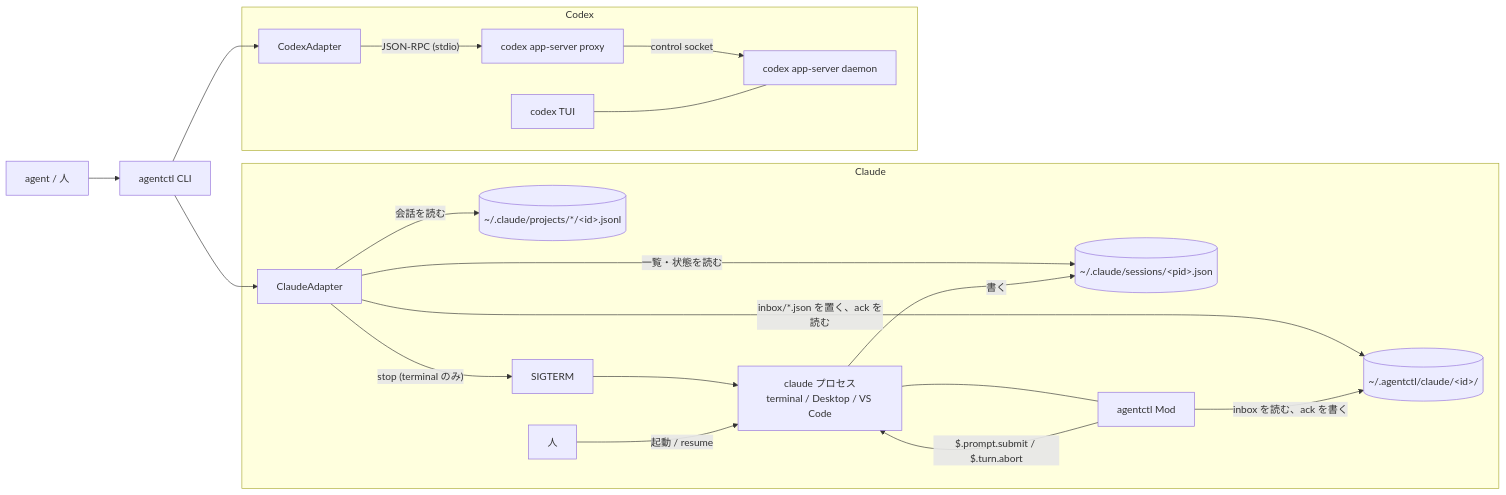
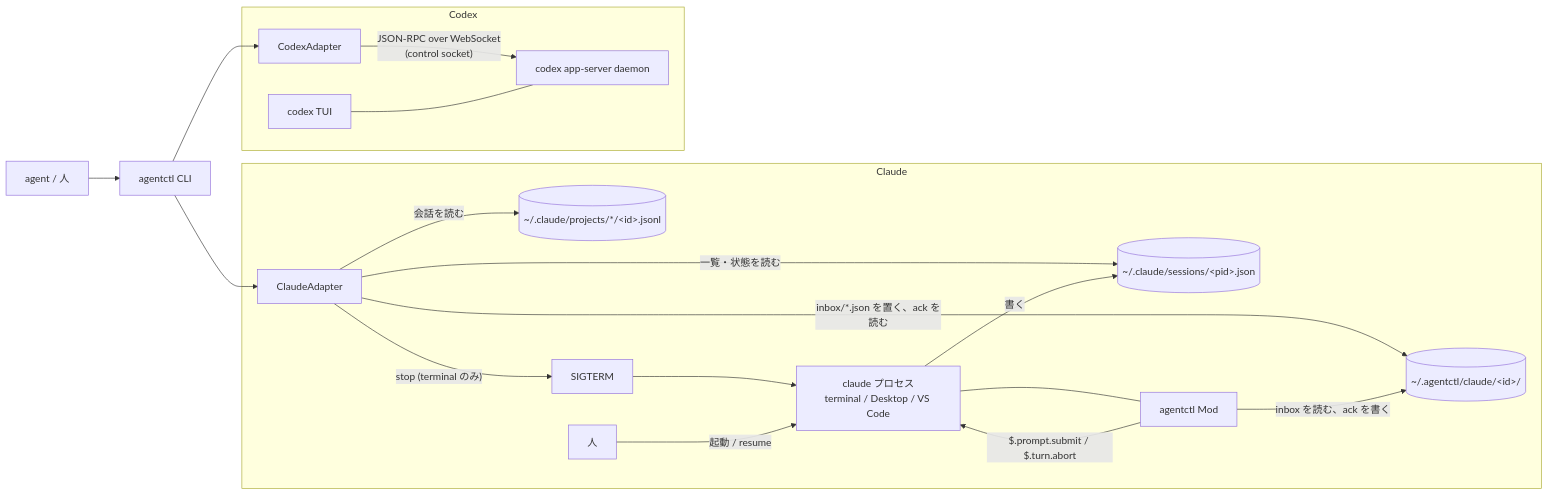
Before and after one commit to masahide/agent-kit: the diagram in docs/agentctl/plan.md, drawn with Mermaid. The commit also changed other lines of this file, not shown here.

````diff
--- a/docs/agentctl/plan.md
+++ b/docs/agentctl/plan.md
@@ -84,23 +84,22 @@
 ```mermaid
 flowchart LR
     A[agent / 人] --> CLI[agentctl CLI]
     CLI --> CA[ClaudeAdapter]
     CLI --> XA[CodexAdapter]
     subgraph Claude
       CA -- "一覧・状態を読む" --> S[(~/.claude/sessions/&lt;pid&gt;.json)]
       CA -- "会話を読む" --> J[(~/.claude/projects/*/&lt;id&gt;.jsonl)]
       CA -- "inbox/*.json を置く、ack を読む" --> D[(~/.agentctl/claude/&lt;id&gt;/)]
       CA -- "stop (terminal のみ)" --> SIG[SIGTERM]
       SIG --> CC
       H[人] -- "起動 / resume" --> CC[claude プロセス<br>terminal / Desktop / VS Code]
       CC -- 書く --> S
       M[agentctl Mod] -- "inbox を読む、ack を書く" --> D
       CC --- M
       M -- "$.prompt.submit / $.turn.abort" --> CC
     end
     subgraph Codex
-      XA -- "JSON-RPC (stdio)" --> P[codex app-server proxy]
-      P -- control socket --> DM[codex app-server daemon]
+      XA -- "JSON-RPC over WebSocket<br>(control socket)" --> DM[codex app-server daemon]
       TUI[codex TUI] --- DM
     end
 ```
````
